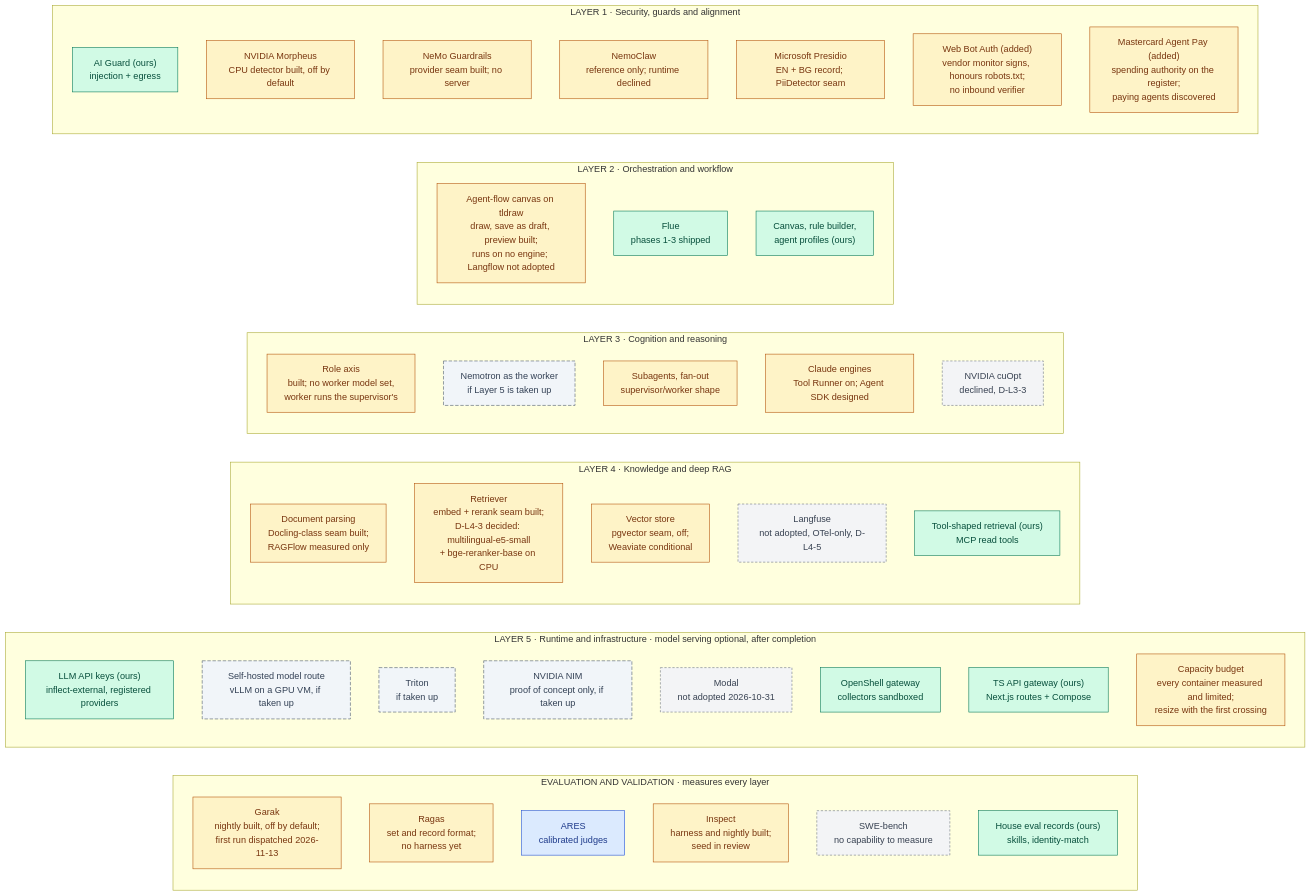
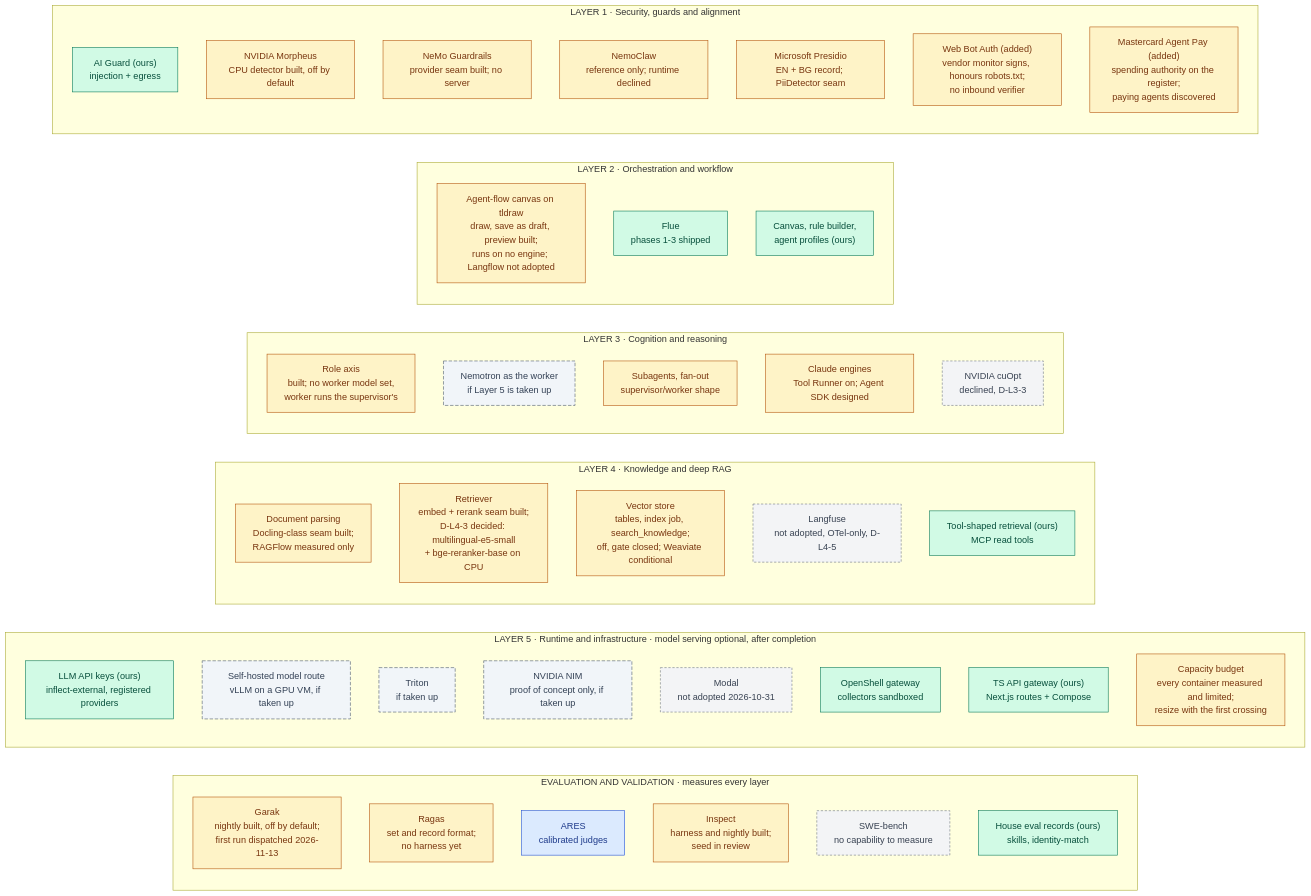
Before and after one commit to RodnaPamet/inflect-compliance: the first of 5 diagrams in docs/ai-architecture-roadmap.md, drawn with Mermaid. The commit also changed other lines of this file and 39 other files, not shown here.

First line of the commit message:
feat(knowledge): search_knowledge — the vector store's query path, guarded, behind a mount gate (vector store 3.1–3.5)

````diff
--- a/docs/ai-architecture-roadmap.md
+++ b/docs/ai-architecture-roadmap.md
@@ -63,66 +63,66 @@
 ```mermaid
 flowchart LR
   subgraph EV["EVALUATION AND VALIDATION · measures every layer"]
     direction TB
     GA["Garak<br/>nightly built, off by default;<br/>first run dispatched 2026-11-13"]:::partial
     RA["Ragas<br/>set and record format;<br/>no harness yet"]:::partial
     AR["ARES<br/>calibrated judges"]:::todo
     IS["Inspect<br/>harness and nightly built;<br/>seed in review"]:::partial
     SB["SWE-bench<br/>no capability to measure"]:::declined
     HR["House eval records (ours)<br/>skills, identity-match"]:::done
   end
 
   subgraph L5["LAYER 5 · Runtime and infrastructure · model serving optional, after completion"]
     direction TB
     API["LLM API keys (ours)<br/>inflect-external, registered providers"]:::done
     MD["Self-hosted model route<br/>vLLM on a GPU VM, if taken up"]:::optional
     TT["Triton<br/>if taken up"]:::optional
     NIM["NVIDIA NIM<br/>proof of concept only, if taken up"]:::optional
     MO5["Modal<br/>not adopted 2026-10-31"]:::declined
     OS["OpenShell gateway<br/>collectors sandboxed"]:::done
     GW["TS API gateway (ours)<br/>Next.js routes + Compose"]:::done
     CAP["Capacity budget<br/>every container measured and limited;<br/>resize with the first crossing"]:::partial
   end
 
   subgraph L4["LAYER 4 · Knowledge and deep RAG"]
     direction TB
     RF["Document parsing<br/>Docling-class seam built;<br/>RAGFlow measured only"]:::partial
     RT["Retriever<br/>embed + rerank seam built;<br/>D-L4-3 decided: multilingual-e5-small<br/>+ bge-reranker-base on CPU"]:::partial
-    WV["Vector store<br/>pgvector seam, off;<br/>Weaviate conditional"]:::partial
+    WV["Vector store<br/>tables, index job, search_knowledge;<br/>off, gate closed; Weaviate conditional"]:::partial
     LU["Langfuse<br/>not adopted, OTel-only, D-L4-5"]:::declined
     TR["Tool-shaped retrieval (ours)<br/>MCP read tools"]:::done
   end
 
   subgraph L3["LAYER 3 · Cognition and reasoning"]
     direction TB
     NR["Role axis<br/>built; no worker model set,<br/>worker runs the supervisor's"]:::partial
     NW["Nemotron as the worker<br/>if Layer 5 is taken up"]:::optional
     SW["Subagents, fan-out<br/>supervisor/worker shape"]:::partial
     CL["Claude engines<br/>Tool Runner on; Agent SDK designed"]:::partial
     CO["NVIDIA cuOpt<br/>declined, D-L3-3"]:::declined
   end
 
   subgraph L2["LAYER 2 · Orchestration and workflow"]
     direction TB
     LF["Agent-flow canvas on tldraw<br/>draw, save as draft, preview built;<br/>runs on no engine; Langflow not adopted"]:::partial
     FL["Flue<br/>phases 1-3 shipped"]:::done
     CV["Canvas, rule builder,<br/>agent profiles (ours)"]:::done
   end
 
   subgraph L1["LAYER 1 · Security, guards and alignment"]
     direction TB
     AG["AI Guard (ours)<br/>injection + egress"]:::done
     MO["NVIDIA Morpheus<br/>CPU detector built, off by default"]:::partial
     NG["NeMo Guardrails<br/>provider seam built; no server"]:::partial
     NC["NemoClaw<br/>reference only; runtime declined"]:::partial
     PR["Microsoft Presidio<br/>EN + BG record; PiiDetector seam"]:::partial
     WB["Web Bot Auth (added)<br/>vendor monitor signs, honours robots.txt;<br/>no inbound verifier"]:::partial
     MA["Mastercard Agent Pay (added)<br/>spending authority on the register;<br/>paying agents discovered"]:::partial
   end
 
   classDef done fill:#d1fae5,stroke:#047857,color:#064e3b
   classDef partial fill:#fef3c7,stroke:#b45309,color:#78350f
   classDef todo fill:#dbeafe,stroke:#1d4ed8,color:#1e3a8a
   classDef optional fill:#f1f5f9,stroke:#475569,color:#334155,stroke-dasharray:6 3
   classDef declined fill:#f3f4f6,stroke:#6b7280,color:#374151,stroke-dasharray:4 3
 ```
````
